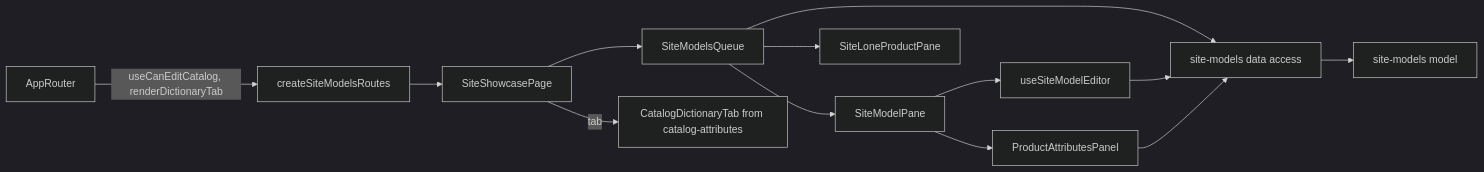
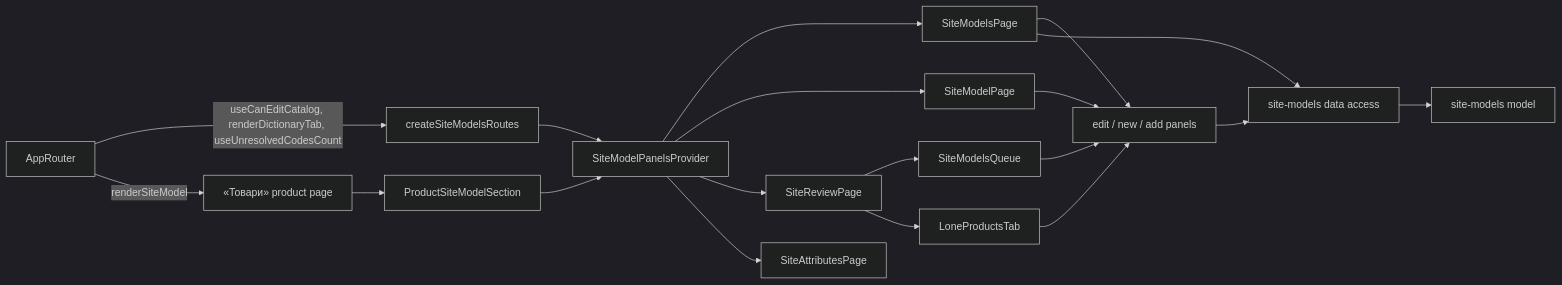
Before and after one commit to Weretik/kedr-web: the diagram in docs/features/admin/site-models.md, drawn with Mermaid (dark theme). The commit also changed other lines of this file and 164 other files, not shown here.

````diff
--- a/docs/features/admin/site-models.md
+++ b/docs/features/admin/site-models.md
@@ -16,15 +17,21 @@
 ```mermaid
 flowchart LR
-    App[AppRouter] -->|useCanEditCatalog, renderDictionaryTab| Routes[createSiteModelsRoutes]
-    Routes --> Page[SiteShowcasePage]
-    Page --> Queue[SiteModelsQueue]
-    Page -->|tab| Dictionary[CatalogDictionaryTab from catalog-attributes]
-    Queue --> Pane[SiteModelPane]
-    Queue --> Lone[SiteLoneProductPane]
-    Pane --> Editor[useSiteModelEditor]
-    Pane --> Panel[ProductAttributesPanel]
-    Queue --> Api[site-models data access]
-    Editor --> Api
-    Panel --> Api
+    App[AppRouter] -->|useCanEditCatalog, renderDictionaryTab, useUnresolvedCodesCount| Routes[createSiteModelsRoutes]
+    App -->|renderSiteModel| Products[«Товари» product page]
+    Routes --> Provider[SiteModelPanelsProvider]
+    Provider --> List[SiteModelsPage]
+    Provider --> ModelPage[SiteModelPage]
+    Provider --> Review[SiteReviewPage]
+    Provider --> Attributes[SiteAttributesPage]
+    Products --> Section[ProductSiteModelSection]
+    Section --> Provider
+    Review --> Queue[SiteModelsQueue]
+    Review --> Lone[LoneProductsTab]
+    List --> Panels[edit / new / add panels]
+    ModelPage --> Panels
+    Queue --> Panels
+    Lone --> Panels
+    Panels --> Api[site-models data access]
+    List --> Api
     Api --> Model[site-models model]
 ```
````
